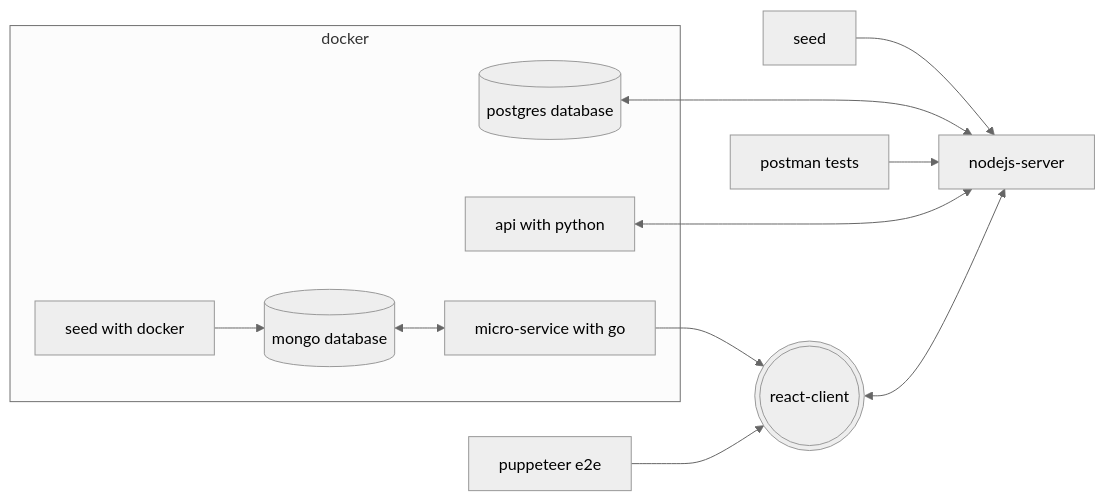
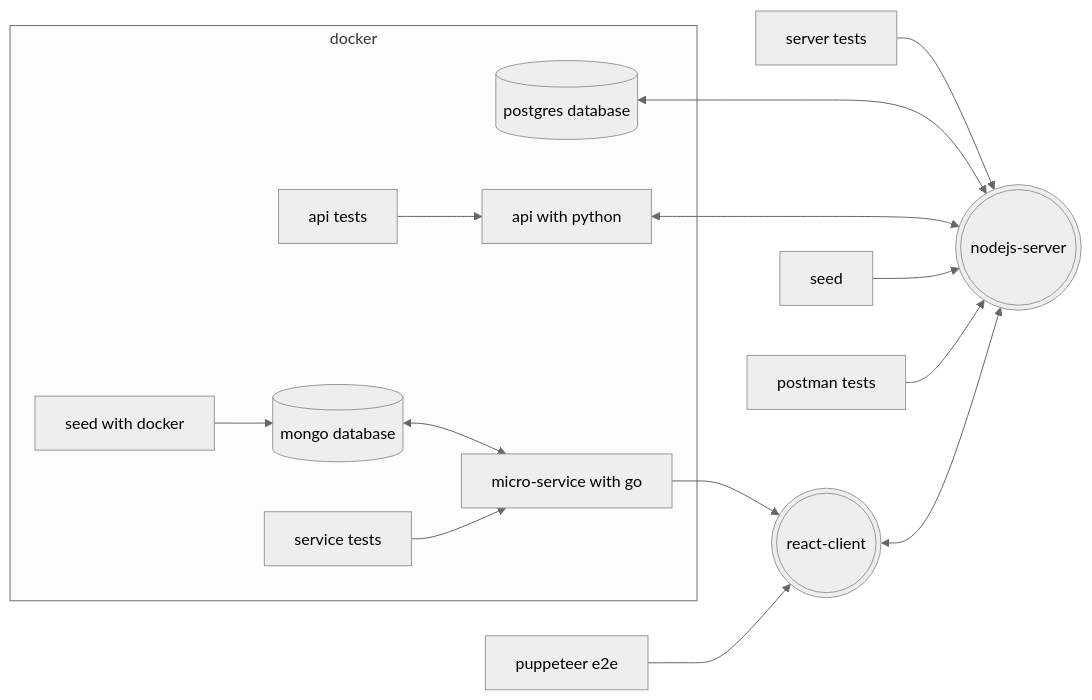
One commit to willemverbuyst/toto-game changed the diagram in README.md. Above: the diagram before and after it, drawn with Mermaid (neutral theme).

Commit message:
docs: update diagram

````diff
--- a/README.md
+++ b/README.md
@@ -9,28 +9,34 @@
 ```mermaid
 flowchart LR
   A[seed]
   B[(postgres database)]
-  C[nodejs-server]
+  C(((nodejs-server)))
   D(((react-client)))
   E[puppeteer e2e]
   F[api with python]
   G[postman tests]
   H[micro-service with go]
   I[(mongo database)]
   J[seed with docker]
+  K[api tests]
+  L[service tests]
+  M[server tests]
   subgraph docker
   B
   F
   J
   I
   J-->I
   I<-->H
+  K-->F
+  L-->H
   end
+  M-->C
   B<-->C
   F<-->C
   A-->C
+  H-->D
+  E-->D
+  G-->C
   D<-->C
-  E-->D
-  H-->D
-  G-->C
 ```
````
